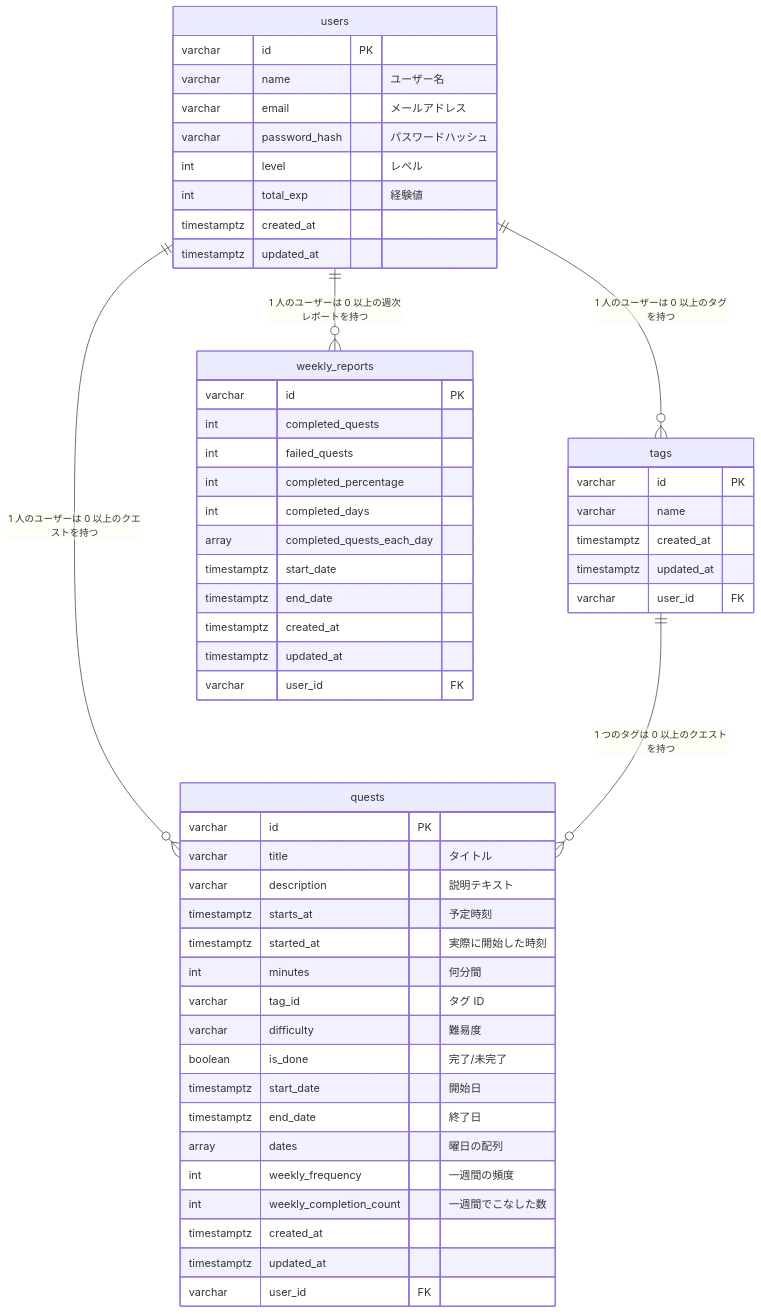
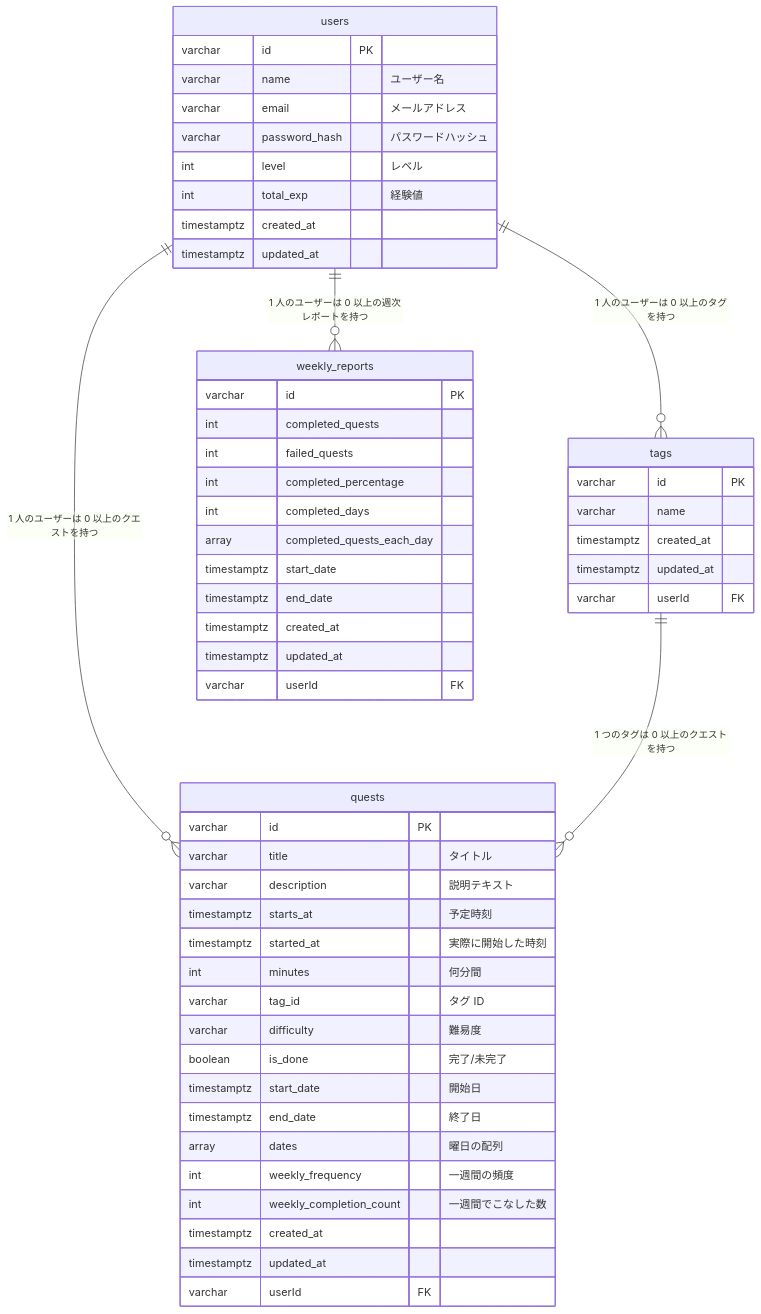
One commit to taga3s/Rhythmate-Service changed the diagram in docs/db/mermaid.md. Above: the diagram before and after it, drawn with Mermaid. The commit also changed 11 other files, not shown here.

````diff
--- a/docs/db/mermaid.md
+++ b/docs/db/mermaid.md
@@ -1,56 +1,56 @@
 ```mermaid
 erDiagram
     users {
         varchar id PK
         varchar name "ユーザー名"
         varchar email "メールアドレス"
         varchar password_hash "パスワードハッシュ"
         int level "レベル"
         int total_exp "経験値"
         timestamptz created_at
         timestamptz updated_at
     }
     quests {
         varchar id PK
         varchar title "タイトル"
         varchar description "説明テキスト"
         timestamptz starts_at "予定時刻"
         timestamptz started_at "実際に開始した時刻"
         int minutes "何分間"
         varchar tag_id "タグ ID"
         varchar difficulty "難易度"
         boolean is_done "完了/未完了"
         timestamptz start_date "開始日"
         timestamptz end_date "終了日"
         array dates "曜日の配列"
         int weekly_frequency "一週間の頻度"
         int weekly_completion_count "一週間でこなした数"
         timestamptz created_at
         timestamptz updated_at
-        varchar user_id FK
+        varchar userId FK
     }
     tags {
         varchar id PK
         varchar name
         timestamptz created_at
         timestamptz updated_at
-        varchar user_id FK
+        varchar userId FK
     }
     weekly_reports {
         varchar id PK
         int completed_quests
         int failed_quests
         int completed_percentage
         int completed_days
         array completed_quests_each_day
         timestamptz start_date
         timestamptz end_date
         timestamptz created_at
         timestamptz updated_at
-        varchar user_id FK
+        varchar userId FK
     }
     users ||--o{ quests : "1 人のユーザーは 0 以上のクエストを持つ"
     users || --o{ tags : "1 人のユーザーは 0 以上のタグを持つ"
     tags || --o{ quests : "1 つのタグは 0 以上のクエストを持つ"
     users ||--o{ weekly_reports : "1 人のユーザーは 0 以上の週次レポートを持つ"
 ```
````
